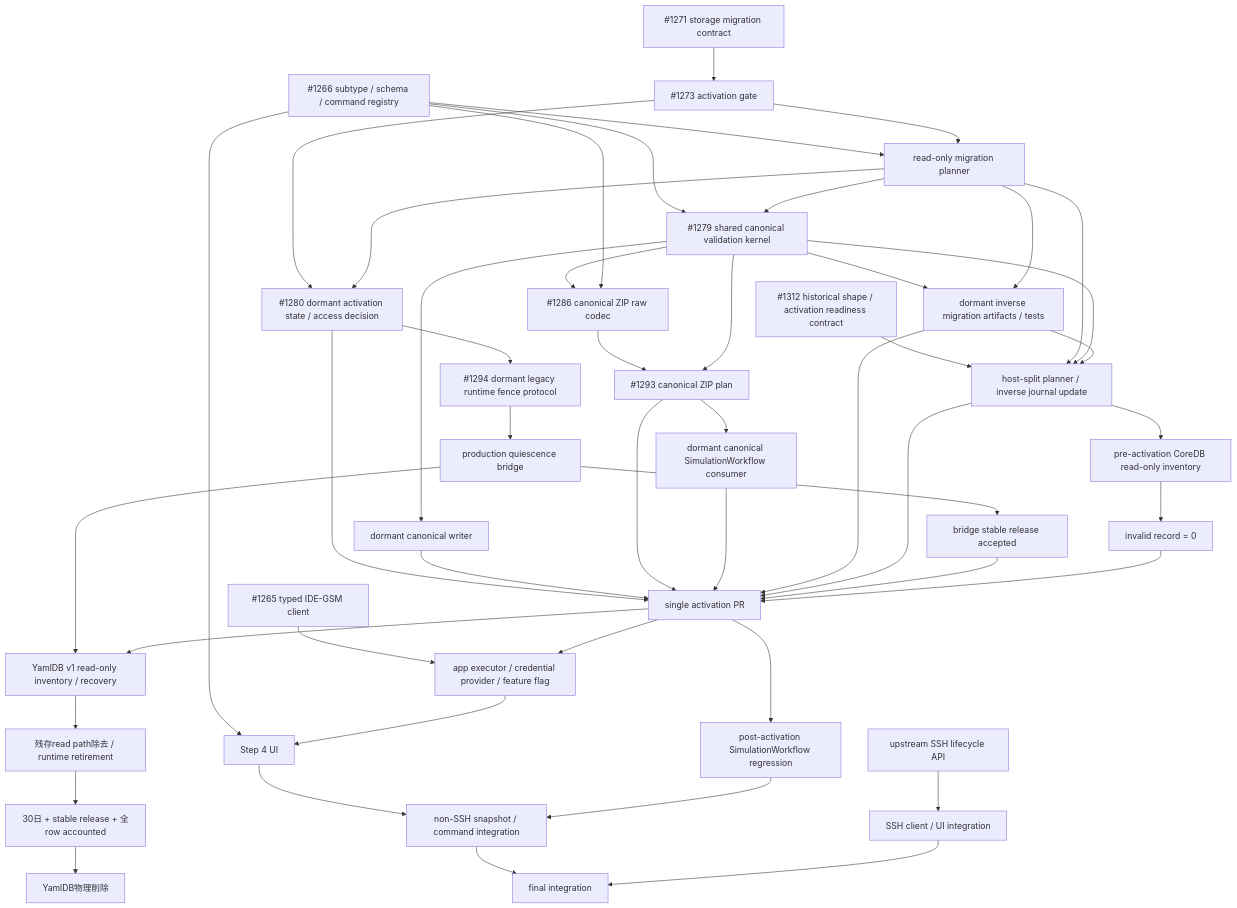
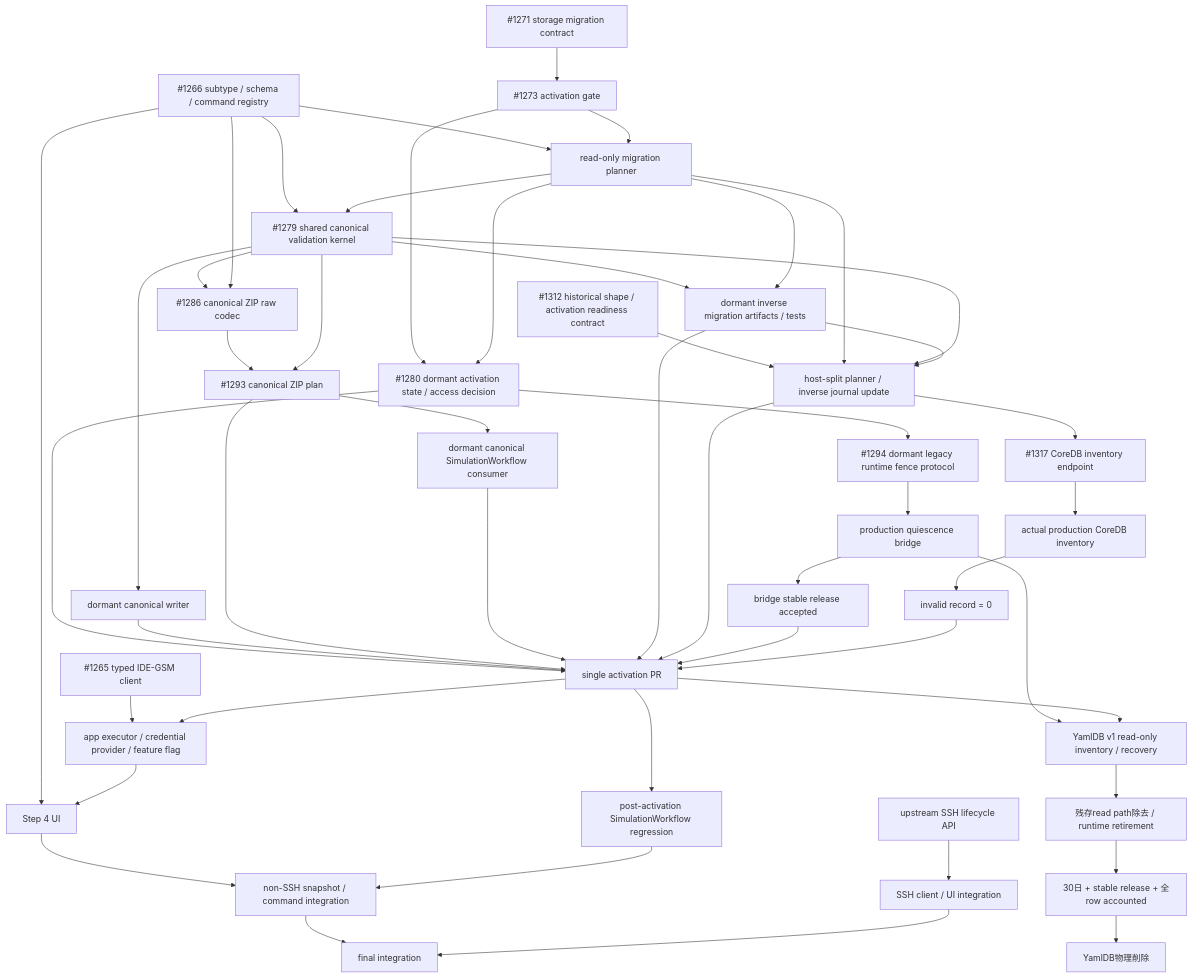
The first of 2 diagrams in docs/yaml-plugin-ide-gsm-step4-spec.md (kubohiroya/hierarchidb), drawn with Mermaid before and after one commit. The commit also changed other lines of this file and 14 other files, not shown here.

Commit message:
feat(worker-api): add CoreDB YAML read-only inventory

````diff
--- a/docs/yaml-plugin-ide-gsm-step4-spec.md
+++ b/docs/yaml-plugin-ide-gsm-step4-spec.md
@@ -466,52 +469,53 @@
 ```mermaid
 graph TD
   Registry["#1266 subtype / schema / command registry"] --> Planner["read-only migration planner"]
   Registry --> Validation["#1279 shared canonical validation kernel"]
   Contract["#1271 storage migration contract"] --> ActivationContract["#1273 activation gate"]
   HistoricalContract["#1312 historical shape / activation readiness contract"] --> PlannerUpdate["host-split planner / inverse journal update"]
   ActivationContract --> Planner
   Planner --> Validation
   Planner --> PlannerUpdate
   Validation --> PlannerUpdate
   Validation --> DormantWriter["dormant canonical writer"]
   Validation --> RawSnapshotCodec["#1286 canonical ZIP raw codec"]
   RawSnapshotCodec --> DormantSnapshotIO["#1293 canonical ZIP plan"]
   Validation --> DormantSnapshotIO
   DormantSnapshotIO --> DormantSimulation["dormant canonical SimulationWorkflow consumer"]
   Validation --> InverseArtifacts["dormant inverse migration artifacts / tests"]
   Planner --> InverseArtifacts["dormant inverse migration artifacts / tests"]
   ActivationContract --> ActivationState["#1280 dormant activation state / access decision"]
   Planner --> ActivationState
   ActivationState --> WriterFence["#1294 dormant legacy runtime fence protocol"]
   WriterFence --> QuiescenceBridge["production quiescence bridge"]
   QuiescenceBridge --> BridgeRelease["bridge stable release accepted"]
-  PlannerUpdate --> CoreInventory["pre-activation CoreDB read-only inventory"]
+  PlannerUpdate --> CoreInventoryEndpoint["#1317 CoreDB inventory endpoint"]
+  CoreInventoryEndpoint --> CoreInventory["actual production CoreDB inventory"]
   CoreInventory --> InventoryAccepted["invalid record = 0"]
   ActivationState --> Activation["single activation PR"]
   DormantWriter --> Activation["single activation PR"]
   DormantSnapshotIO --> Activation
   DormantSimulation --> Activation
   InverseArtifacts --> Activation
   InverseArtifacts --> PlannerUpdate
   PlannerUpdate --> Activation
   BridgeRelease --> Activation
   InventoryAccepted --> Activation
   Registry --> RawSnapshotCodec
   Registry --> Step4["Step 4 UI"]
   Client["#1265 typed IDE-GSM client"] --> Executor["app executor / credential provider / feature flag"]
   Activation --> Executor
   Executor --> Step4
   Activation --> SimulationRegression["post-activation SimulationWorkflow regression"]
   Step4 --> NonSshIntegration["non-SSH snapshot / command integration"]
   SimulationRegression --> NonSshIntegration
 
   QuiescenceBridge --> LegacyRecovery["YamlDB v1 read-only inventory / recovery"]
   Activation --> LegacyRecovery
   LegacyRecovery --> RemoveYamlReads["残存read path除去 / runtime retirement"]
   RemoveYamlReads --> RetentionGate["30日 + stable release + 全row accounted"]
   RetentionGate --> DeleteYamlDB["YamlDB物理削除"]
 
   UpstreamSsh["upstream SSH lifecycle API"] --> SshIntegration["SSH client / UI integration"]
   NonSshIntegration --> FinalIntegration["final integration"]
   SshIntegration --> FinalIntegration
 ```
````
